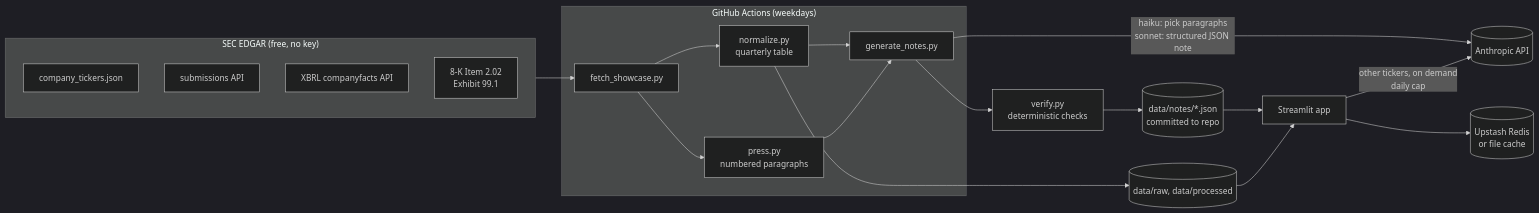
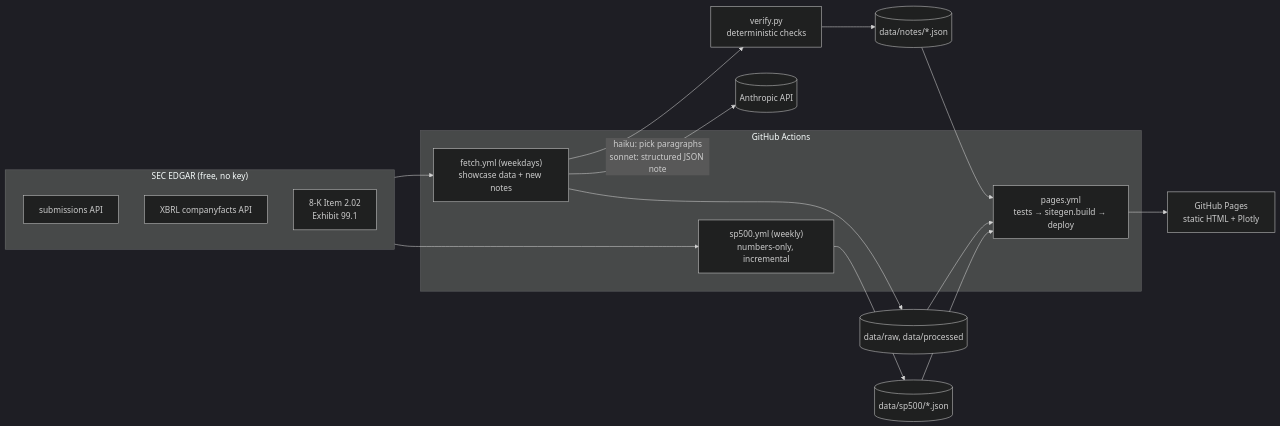
One commit to KC31415/earnings-desk changed the diagram in README.md. Above: the diagram before and after it, drawn with Mermaid (dark theme). The commit also changed other lines of this file and 58 other files, not shown here.

First line of the commit message:
Static site on GitHub Pages replaces Streamlit deployment

````diff
--- a/README.md
+++ b/README.md
@@ -43,24 +46,24 @@
 ```mermaid
 flowchart LR
   subgraph SEC["SEC EDGAR (free, no key)"]
-    T[company_tickers.json]
     S[submissions API]
     X[XBRL companyfacts API]
     P[8-K Item 2.02<br/>Exhibit 99.1]
   end
-  subgraph GHA["GitHub Actions (weekdays)"]
-    F[fetch_showcase.py] --> N[normalize.py<br/>quarterly table]
-    F --> PR[press.py<br/>numbered paragraphs]
-    N --> G[generate_notes.py]
-    PR --> G
+  subgraph GHA["GitHub Actions"]
+    F["fetch.yml (weekdays)<br/>showcase data + new notes"]
+    W["sp500.yml (weekly)<br/>numbers-only, incremental"]
+    B["pages.yml<br/>tests → sitegen.build → deploy"]
   end
   SEC --> F
-  G -->|"haiku: pick paragraphs<br/>sonnet: structured JSON note"| LLM[(Anthropic API)]
-  G --> V[verify.py<br/>deterministic checks]
-  V --> R[(data/notes/*.json<br/>committed to repo)]
-  N --> D[(data/raw, data/processed)]
-  R --> APP[Streamlit app]
-  D --> APP
-  APP -->|"other tickers, on demand<br/>daily cap"| LLM
-  APP --> C[(Upstash Redis<br/>or file cache)]
+  SEC --> W
+  F -->|"haiku: pick paragraphs<br/>sonnet: structured JSON note"| LLM[(Anthropic API)]
+  F --> V[verify.py<br/>deterministic checks]
+  V --> R[(data/notes/*.json)]
+  F --> D[(data/raw, data/processed)]
+  W --> SP[(data/sp500/*.json)]
+  R --> B
+  D --> B
+  SP --> B
+  B --> GP[GitHub Pages<br/>static HTML + Plotly]
 ```
````
